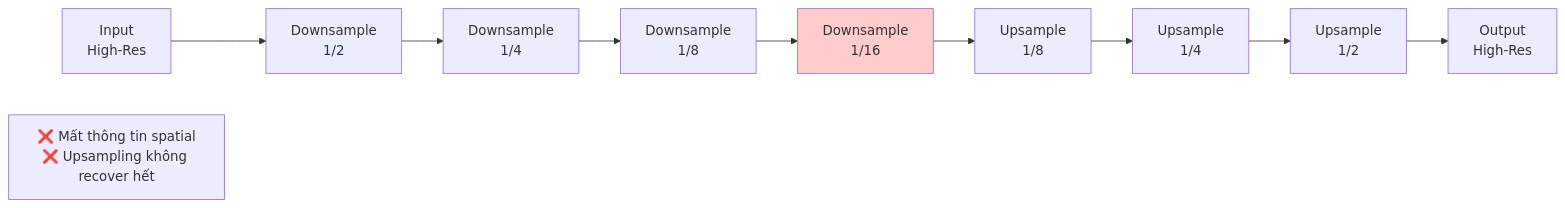
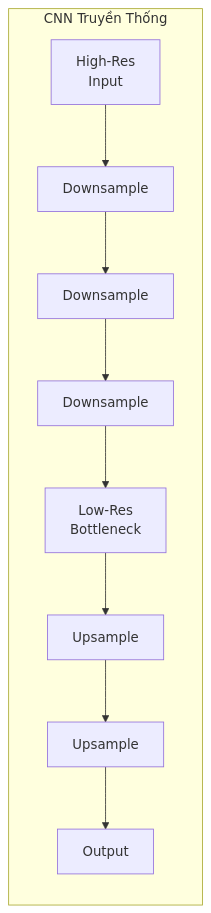
One commit to rerangst/geobayai_lab changed the third of 10 diagrams in research/chuong-06-xview-challenges/muc-03-xview3-maritime/04-giai-ba.md. Above: the diagram before and after it, drawn with Mermaid. The commit also changed other lines of this file and 18 other files, not shown here.

````diff
--- a/research/chuong-06-xview-challenges/muc-03-xview3-maritime/04-giai-ba.md
+++ b/research/chuong-06-xview-challenges/muc-03-xview3-maritime/04-giai-ba.md
@@ -156,8 +93,7 @@
 ```mermaid
 flowchart LR
-    Input["Input<br/>High-Res"] --> Down1["Downsample<br/>1/2"] --> Down2["Downsample<br/>1/4"] --> Down3["Downsample<br/>1/8"] --> Down4["Downsample<br/>1/16"]
-    Down4 --> Up1["Upsample<br/>1/8"] --> Up2["Upsample<br/>1/4"] --> Up3["Upsample<br/>1/2"] --> Output["Output<br/>High-Res"]
-
-    style Down4 fill:#ffcccc
-    Note["❌ Mất thông tin spatial<br/>❌ Upsampling không recover hết"]
+    subgraph TRADITIONAL["CNN Truyền Thống"]
+        T_IN["High-Res<br/>Input"] --> T_D1["Downsample"] --> T_D2["Downsample"] --> T_D3["Downsample"] --> T_BOT["Low-Res<br/>Bottleneck"]
+        T_BOT --> T_U1["Upsample"] --> T_U2["Upsample"] --> T_OUT["Output"]
+    end
 ```
````
